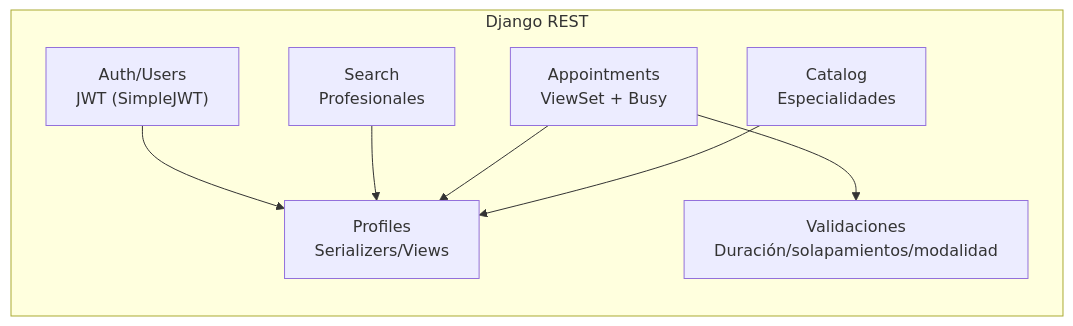
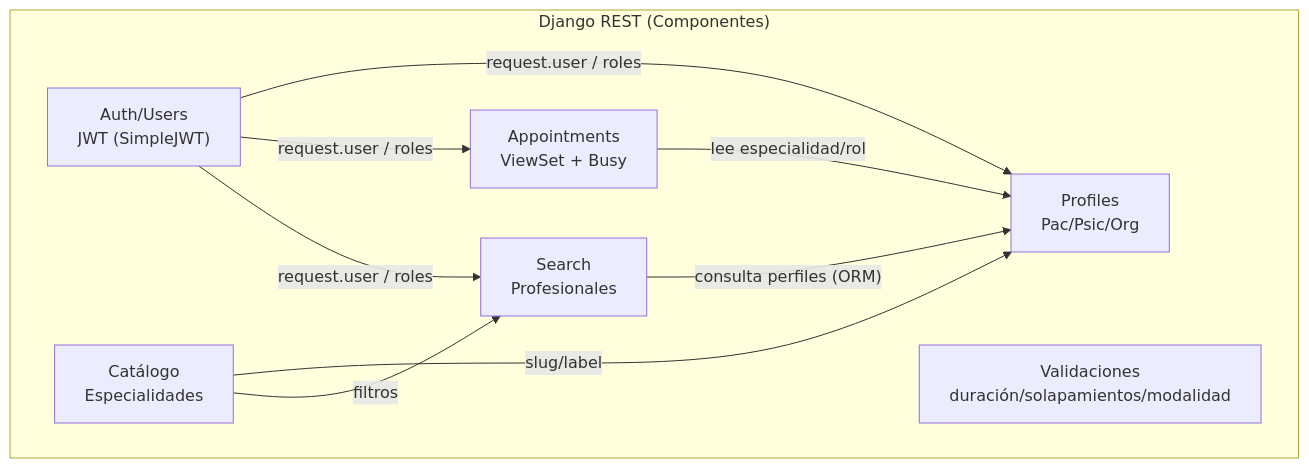
Before and after one commit to JoaquinMadari/Capstone_PsicoLink: the second of 2 diagrams in README.md, drawn with Mermaid. The commit also changed other lines of this file, not shown here.

````diff
--- a/README.md
+++ b/README.md
@@ -56,20 +52,23 @@
 ```mermaid
 
 flowchart TB
-  subgraph "Django REST"
-    direction TB
+  subgraph "Django REST (Componentes)"
     Auth["Auth/Users<br/>JWT (SimpleJWT)"]
-    Profiles["Profiles<br/>Serializers/Views"]
-    Catalog["Catalog<br/>Especialidades"]
+    Profiles["Profiles<br/>Pac/Psic/Org"]
+    Catalog["Catálogo<br/>Especialidades"]
     Search["Search<br/>Profesionales"]
     Appointments["Appointments<br/>ViewSet + Busy"]
-    Validators["Validaciones<br/>Duración/solapamientos/modalidad"]
+    Validators["Validaciones<br/>duración/solapamientos/modalidad"]
   end
 
-  Auth --> Profiles
-  Search --> Profiles
-  Appointments --> Profiles
-  Appointments --> Validators
-  Catalog --> Profiles
+  %% Quién usa a quién (dependencias internas)
+  Auth -- "request.user / roles" --> Profiles
+  Auth -- "request.user / roles" --> Appointments
+  Auth -- "request.user / roles" --> Search
 
+  Catalog -- "slug/label" --> Profiles
+  Catalog -- "filtros" --> Search
+
+  Search -- "consulta perfiles (ORM)" --> Profiles
+  Appointments -- "lee especialidad/rol" --> Profiles
 ```
````
